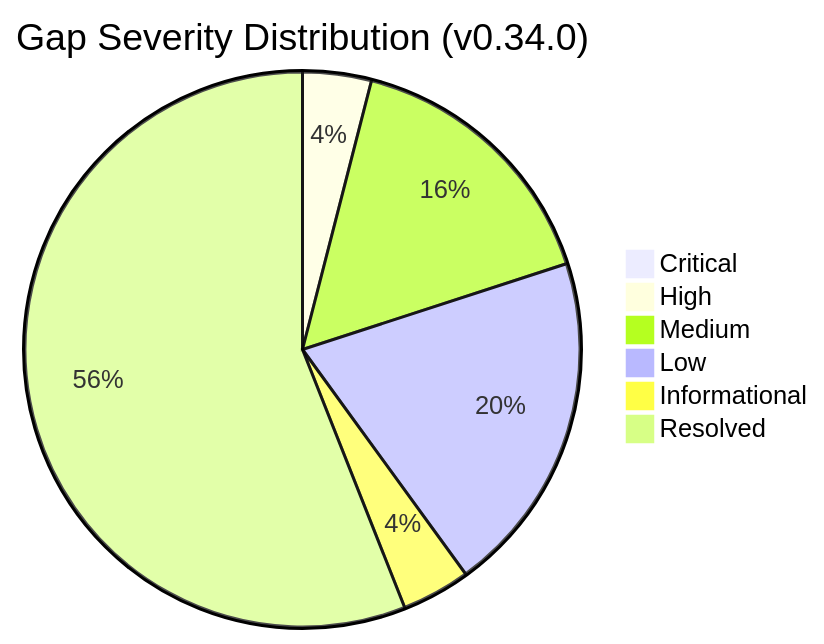
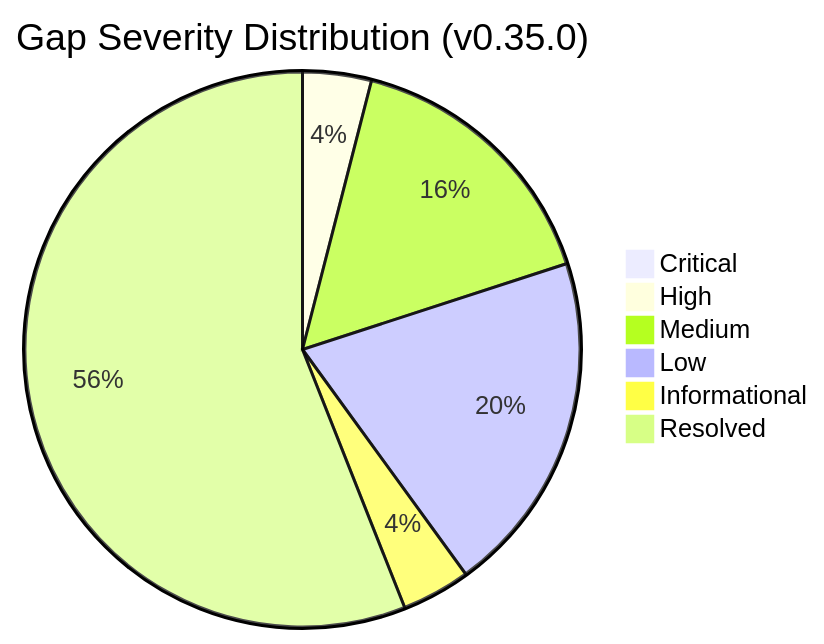
Before and after one commit to pranems/SCIMServer: the diagram in docs/LOGGING_ERROR_HANDLING_QUALITY_AUDIT.md, drawn with Mermaid. The commit also changed other lines of this file and 25 other files, not shown here.

````diff
--- a/docs/LOGGING_ERROR_HANDLING_QUALITY_AUDIT.md
+++ b/docs/LOGGING_ERROR_HANDLING_QUALITY_AUDIT.md
@@ -296,9 +296,9 @@
 ```mermaid
-pie title Gap Severity Distribution (v0.34.0)
+pie title Gap Severity Distribution (v0.35.0)
     "Critical" : 0
     "High" : 1
     "Medium" : 4
     "Low" : 5
     "Informational" : 1
     "Resolved" : 14
 ```
````
